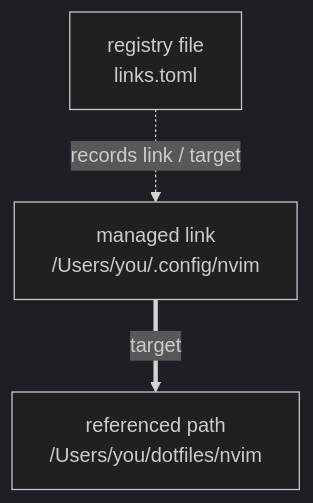
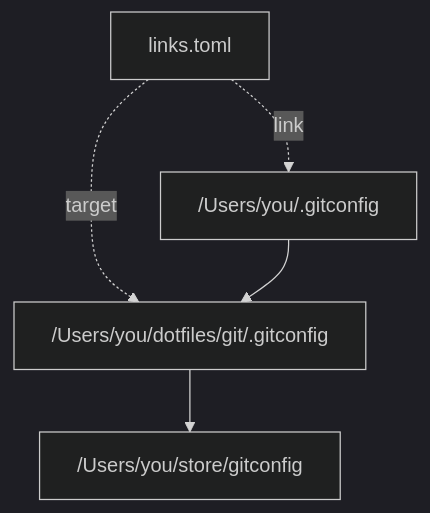
One commit to kkensuke/slink changed the diagram in README.md. Above: the diagram before and after it, drawn with Mermaid (dark theme). The commit also changed other lines of this file and 9 other files, not shown here.

````diff
--- a/README.md
+++ b/README.md
@@ -31,9 +115,11 @@
 ```mermaid
-flowchart TB
-    R["registry file<br/>links.toml"]
-    L["managed link<br/>/Users/you/.config/nvim"]
-    T["referenced path<br/>/Users/you/dotfiles/nvim"]
-
-    R -. "records link / target" .-> L
-    L == "target" ==> T
+flowchart TD
+    R["links.toml"]
+    L["/Users/you/.gitconfig"]
+    T["/Users/you/dotfiles/git/.gitconfig"]
+    F["/Users/you/store/gitconfig"]
+    R -. "link" .-> L
+    R -. "target" .-> T
+    L --> T
+    T --> F
 ```
````
